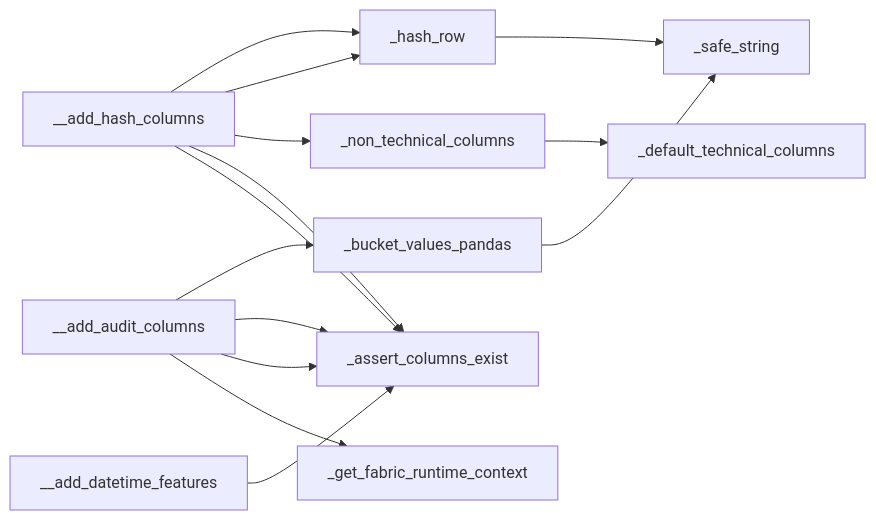
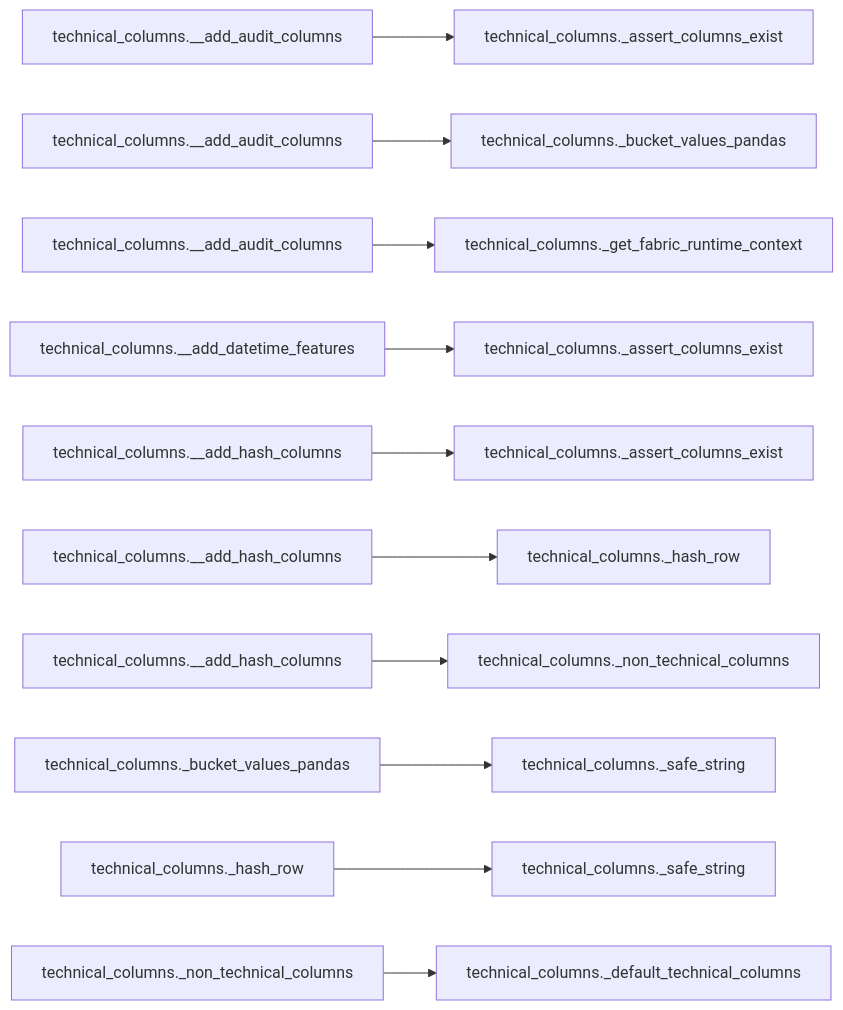
One commit to Voycepeh/FabricOps-Starter-Kit changed the first of 2 diagrams in docs/api/modules/technical_columns.md. Above: the diagram before and after it, drawn with Mermaid. The commit also changed other lines of this file and 14 other files, not shown here.

Commit message:
Polish dependency graph rendering and module docs UX

````diff
--- a/docs/api/modules/technical_columns.md
+++ b/docs/api/modules/technical_columns.md
@@ -42,16 +40,13 @@
 ```mermaid
 flowchart LR
-  _non_technical_columns --> _default_technical_columns
-  _hash_row --> _safe_string
-  _bucket_values_pandas --> _safe_string
-  __add_datetime_features --> _assert_columns_exist
-  __add_audit_columns --> _get_fabric_runtime_context
-  __add_audit_columns --> _assert_columns_exist
-  __add_audit_columns --> _assert_columns_exist
-  __add_audit_columns --> _bucket_values_pandas
-  __add_hash_columns --> _assert_columns_exist
-  __add_hash_columns --> _assert_columns_exist
-  __add_hash_columns --> _non_technical_columns
-  __add_hash_columns --> _hash_row
-  __add_hash_columns --> _hash_row
+  n1["technical_columns.__add_audit_columns"] --> n1b["technical_columns._assert_columns_exist"]
+  n2["technical_columns.__add_audit_columns"] --> n2b["technical_columns._bucket_values_pandas"]
+  n3["technical_columns.__add_audit_columns"] --> n3b["technical_columns._get_fabric_runtime_context"]
+  n4["technical_columns.__add_datetime_features"] --> n4b["technical_columns._assert_columns_exist"]
+  n5["technical_columns.__add_hash_columns"] --> n5b["technical_columns._assert_columns_exist"]
+  n6["technical_columns.__add_hash_columns"] --> n6b["technical_columns._hash_row"]
+  n7["technical_columns.__add_hash_columns"] --> n7b["technical_columns._non_technical_columns"]
+  n8["technical_columns._bucket_values_pandas"] --> n8b["technical_columns._safe_string"]
+  n9["technical_columns._hash_row"] --> n9b["technical_columns._safe_string"]
+  n10["technical_columns._non_technical_columns"] --> n10b["technical_columns._default_technical_columns"]
 ```
````
